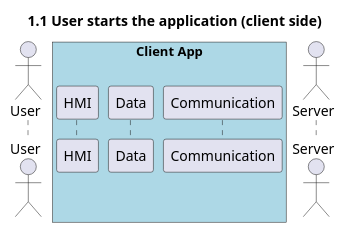
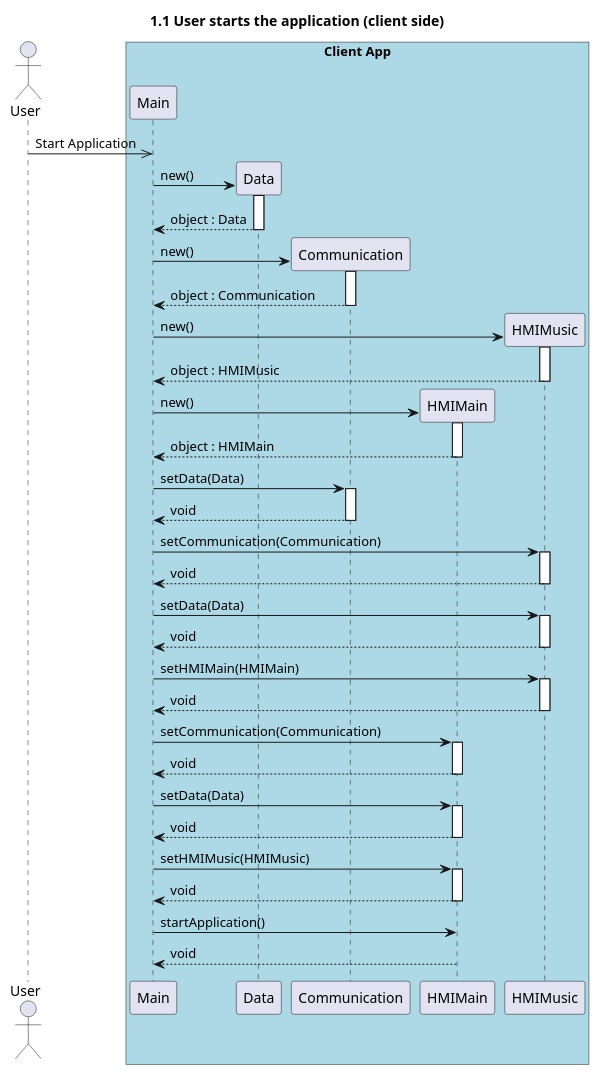
Before and after one commit to UTCAI12/Diagrams: the diagram in sequence/1.1.user_starts_application_client.puml, drawn with PlantUML.

Commit message:
Adding the sequence diagram corresponding to the use case "1.1 User starts the application (client side)".

```diff
--- a/sequence/1.1.user_starts_application_client.puml
+++ b/sequence/1.1.user_starts_application_client.puml
@@ -1,12 +1,56 @@
 @startuml 1.1 User starts the application (client side)
 title 1.1 User starts the application (client side)
 
 actor "User" as user
+
 box "Client App" #LightBlue
-    participant "HMI" as hmi
+    participant "Main" as main
     participant "Data" as data
     participant "Communication" as com
+    participant "HMIMain" as hmimain
+    participant "HMIMusic" as hmimusic
 end box
-actor "Server" as server
+
+user ->> main : Start Application
+
+create data
+main -> data++ : new()
+return object : Data
+
+create com
+main -> com++ : new()
+return object : Communication
+
+create hmimusic
+main -> hmimusic++ : new()
+return object : HMIMusic
+
+create hmimain
+main -> hmimain++ : new()
+return object : HMIMain
+
+main -> com++ : setData(Data)
+return void
+
+main -> hmimusic++ : setCommunication(Communication)
+return void
+
+main -> hmimusic++ : setData(Data)
+return void
+
+main -> hmimusic++ : setHMIMain(HMIMain)
+return void
+
+main -> hmimain++ : setCommunication(Communication)
+return void
+
+main -> hmimain++ : setData(Data)
+return void
+
+main -> hmimain++ : setHMIMusic(HMIMusic)
+return void
+
+main -> hmimain : startApplication()
+return void
 
 @enduml
```
